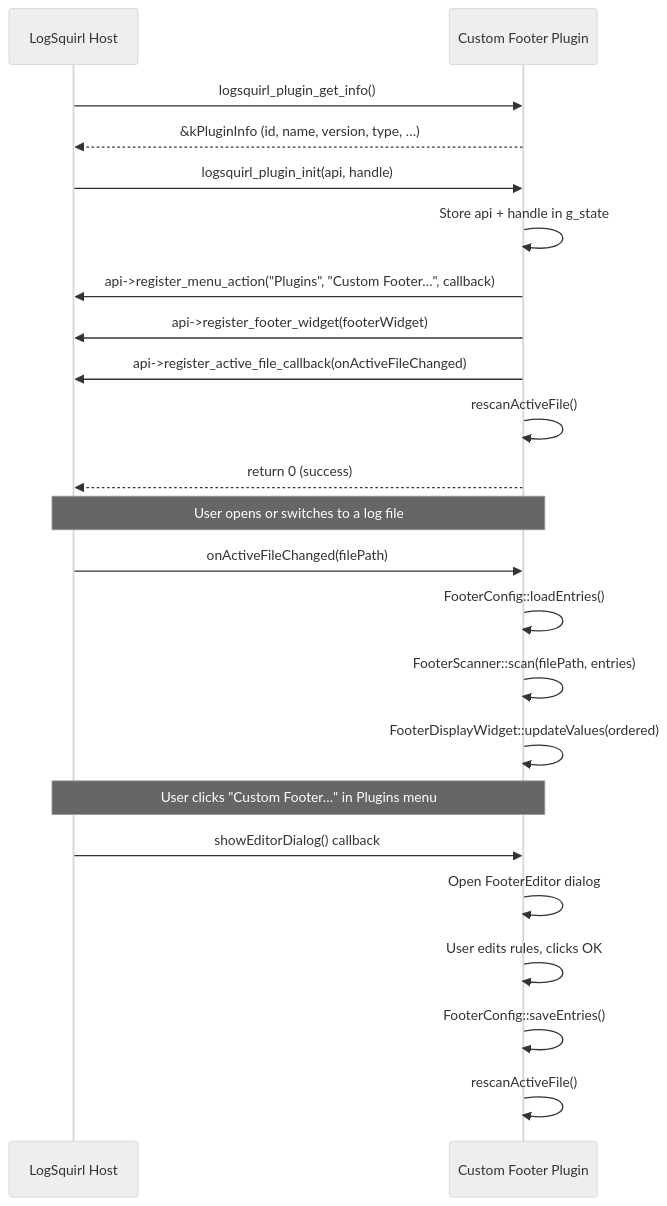
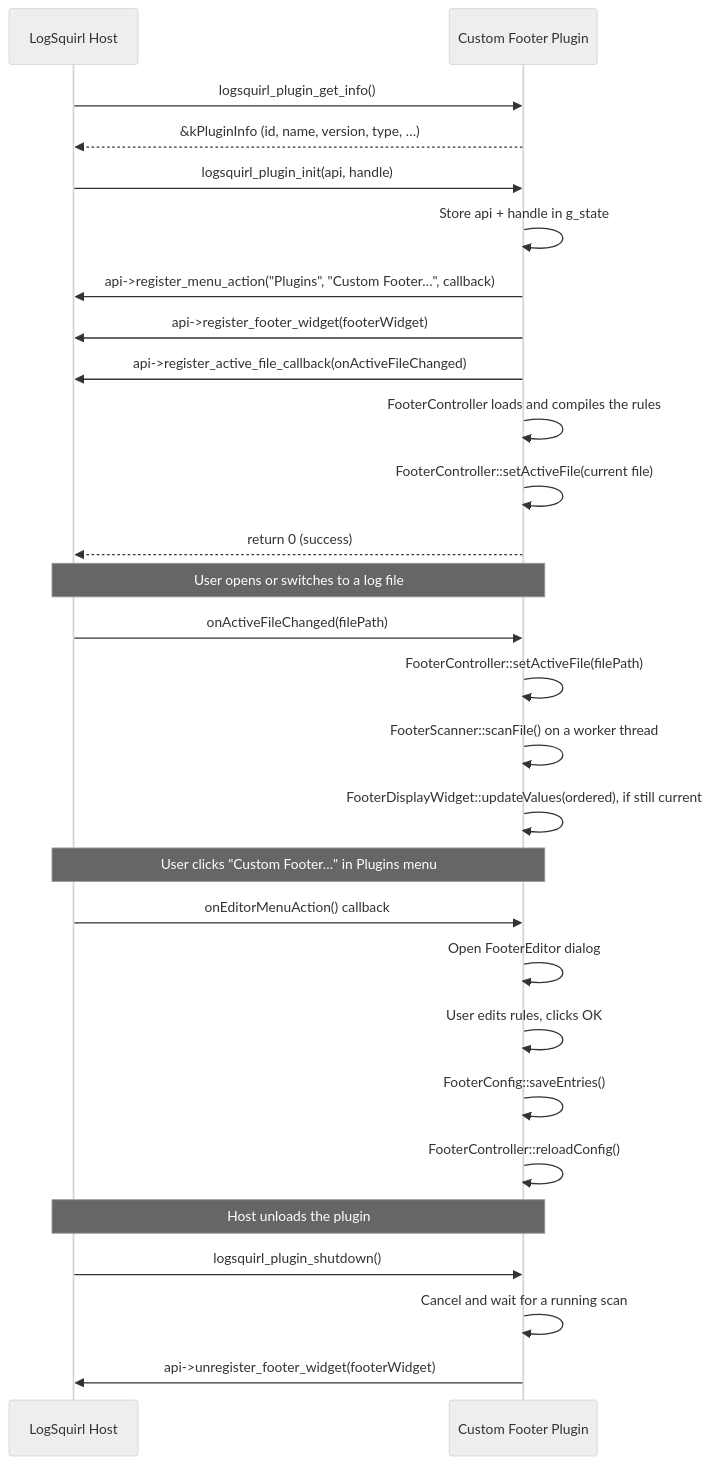
Before and after one commit to 64x-lunicorn/LogSquirl-CustomFooter: the diagram in docs/DEVELOPER_GUIDE.md, drawn with Mermaid (neutral theme). The commit also changed other lines of this file and 10 other files, not shown here.

First line of the commit message:
Scan the active file in the background

````diff
--- a/docs/DEVELOPER_GUIDE.md
+++ b/docs/DEVELOPER_GUIDE.md
@@ -23,31 +23,38 @@
 ```mermaid
 sequenceDiagram
     participant Host as LogSquirl Host
     participant Plugin as Custom Footer Plugin
 
     Host->>Plugin: logsquirl_plugin_get_info()
     Plugin-->>Host: &kPluginInfo (id, name, version, type, …)
 
     Host->>Plugin: logsquirl_plugin_init(api, handle)
     Plugin->>Plugin: Store api + handle in g_state
     Plugin->>Host: api->register_menu_action("Plugins", "Custom Footer…", callback)
     Plugin->>Host: api->register_footer_widget(footerWidget)
     Plugin->>Host: api->register_active_file_callback(onActiveFileChanged)
-    Plugin->>Plugin: rescanActiveFile()
+    Plugin->>Plugin: FooterController loads and compiles the rules
+    Plugin->>Plugin: FooterController::setActiveFile(current file)
     Plugin-->>Host: return 0 (success)
 
     Note over Host,Plugin: User opens or switches to a log file
 
     Host->>Plugin: onActiveFileChanged(filePath)
-    Plugin->>Plugin: FooterConfig::loadEntries()
-    Plugin->>Plugin: FooterScanner::scan(filePath, entries)
-    Plugin->>Plugin: FooterDisplayWidget::updateValues(ordered)
+    Plugin->>Plugin: FooterController::setActiveFile(filePath)
+    Plugin->>Plugin: FooterScanner::scanFile() on a worker thread
+    Plugin->>Plugin: FooterDisplayWidget::updateValues(ordered), if still current
 
     Note over Host,Plugin: User clicks "Custom Footer…" in Plugins menu
 
-    Host->>Plugin: showEditorDialog() callback
+    Host->>Plugin: onEditorMenuAction() callback
     Plugin->>Plugin: Open FooterEditor dialog
     Plugin->>Plugin: User edits rules, clicks OK
     Plugin->>Plugin: FooterConfig::saveEntries()
-    Plugin->>Plugin: rescanActiveFile()
+    Plugin->>Plugin: FooterController::reloadConfig()
+
+    Note over Host,Plugin: Host unloads the plugin
+
+    Host->>Plugin: logsquirl_plugin_shutdown()
+    Plugin->>Plugin: Cancel and wait for a running scan
+    Plugin->>Host: api->unregister_footer_widget(footerWidget)
 ```
````
